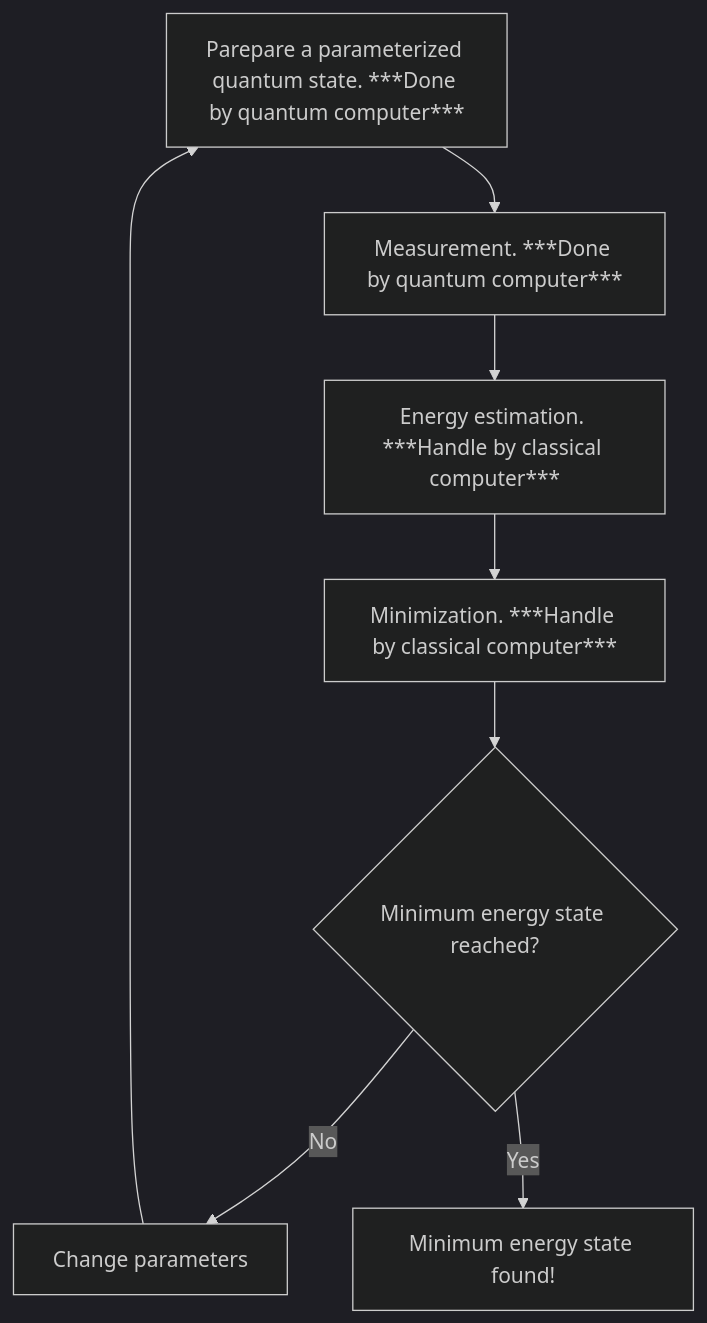
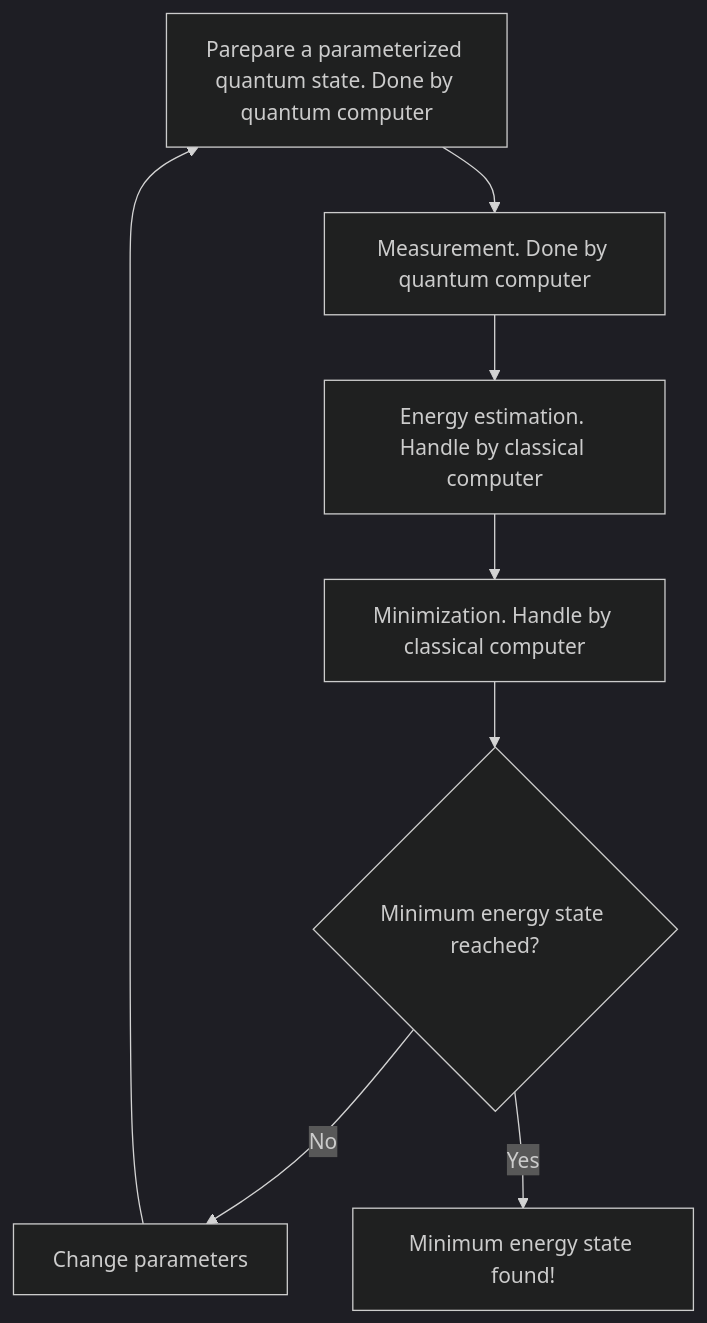
One commit to pcchouCR97/Understanding-Cryptography-by-Christof-Paar changed the diagram in docs/QuantumOpt/QOpt/VQEIntro.md. Above: the diagram before and after it, drawn with Mermaid (dark theme). The commit also changed other lines of this file and 3 other files, not shown here.

````diff
--- a/docs/QuantumOpt/QOpt/VQEIntro.md
+++ b/docs/QuantumOpt/QOpt/VQEIntro.md
@@ -405,10 +405,10 @@
 ``` mermaid
 flowchart TD
-    A[Parepare a parameterized quantum state. ***Done by quantum computer***] --> B[Measurement. ***Done by quantum computer***];
-    B --> C[Energy estimation. ***Handle by classical computer***];
-    C --> F[Minimization. ***Handle by classical computer***];
+    A[Parepare a parameterized quantum state. Done by quantum computer] --> B[Measurement. Done by quantum computer];
+    B --> C[Energy estimation. Handle by classical computer];
+    C --> F[Minimization. Handle by classical computer];
     F --> E{Minimum energy state reached?}
     E --> |No| D[Change parameters];
     D --> A;
     E --> |Yes| G[Minimum energy state found!]
 ```
````
